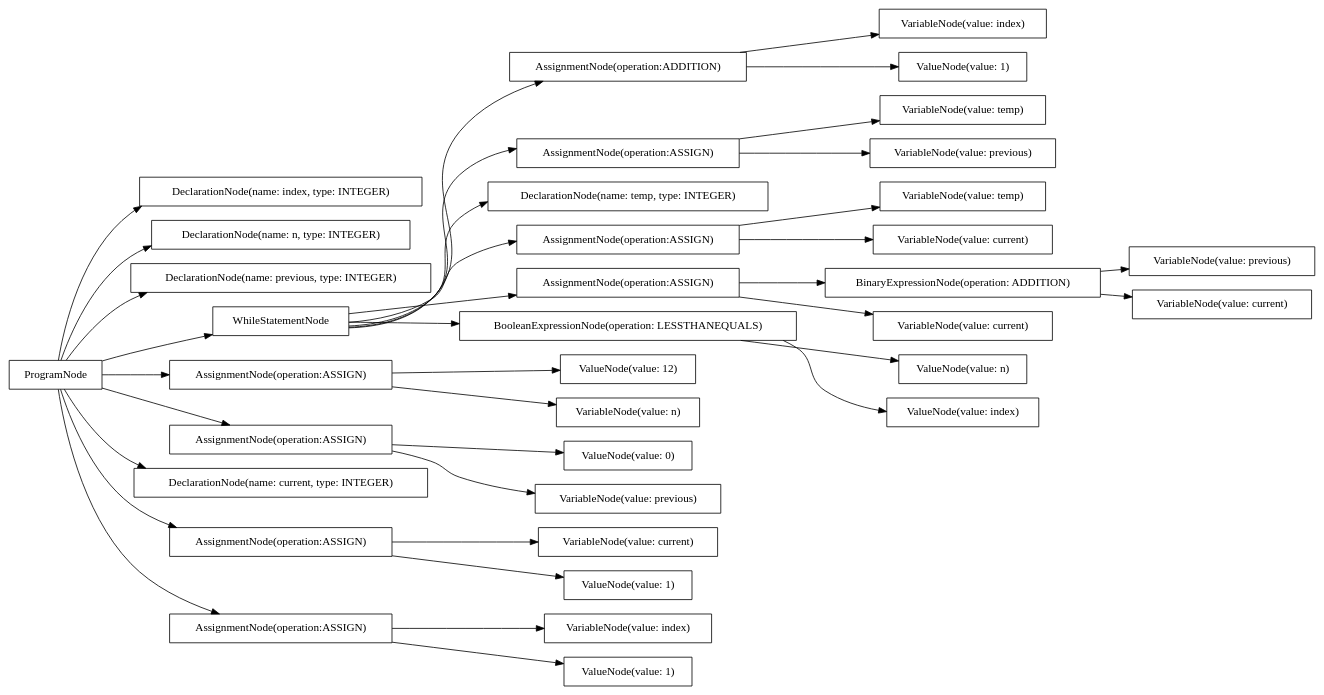
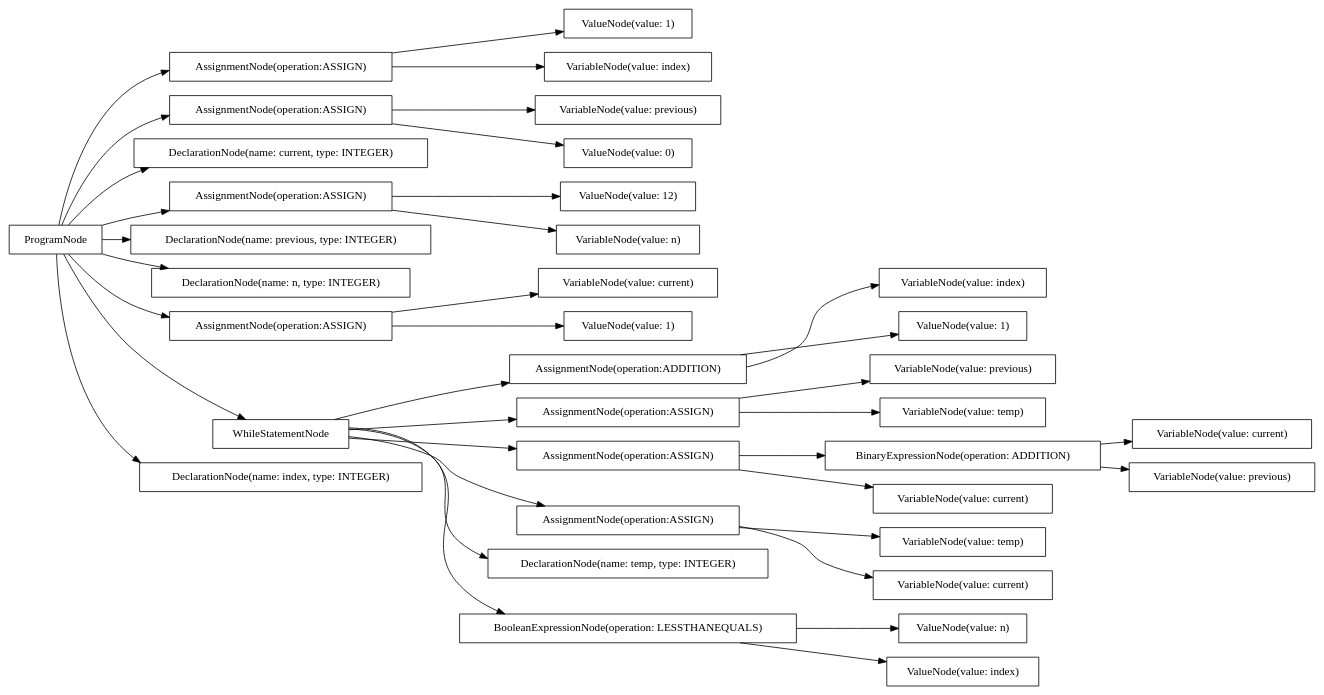
Before and after one commit to AtLeastITry/ANTLR-Python-Compiler: the diagram in src/output/dot/fibonacci.dot, drawn with Graphviz. The commit also changed 9 other files, not shown here.

```diff
--- a/src/output/dot/fibonacci.dot
+++ b/src/output/dot/fibonacci.dot
@@ -1,74 +1,74 @@
 digraph G {
 rankdir=LR
-"0586f55d-d671-4482-966a-b3aefdd5997f" [label="VariableNode(value: index)" shape="box"];
-"d7d4cc46-9b32-48b5-964f-62014d58d888" [label="DeclarationNode(name: index, type: INTEGER)" shape="box"];
-"22206fd3-8583-4a4e-9e2e-ab2849d990ea" [label="VariableNode(value: current)" shape="box"];
-"9a46813c-3afa-4803-a22a-ccb96f6c9873" [label="DeclarationNode(name: n, type: INTEGER)" shape="box"];
-"f7646b8d-4e08-4c54-8a6a-47b3a3297255" [label="ValueNode(value: n)" shape="box"];
-"7b805c53-841a-49bc-b0ba-ad99fc5839dc" [label="DeclarationNode(name: previous, type: INTEGER)" shape="box"];
-"1ec4b795-a67e-4834-9165-031c2ce6a292" [label="ValueNode(value: index)" shape="box"];
-"931a944f-2b12-4351-b4f5-d11f5f36e79c" [label="AssignmentNode(operation:ADDITION)" shape="box"];
-"1b5c97a9-acbc-4c56-bbbb-7aacb2356067" [label="VariableNode(value: temp)" shape="box"];
-"70a1d04a-95e1-4f3d-86c8-4c91db4346b1" [label="ValueNode(value: 12)" shape="box"];
-"223ca3a5-5d75-4951-b0c7-662c952a6a20" [label="WhileStatementNode" shape="box"];
-"a90c96b4-811b-4bcb-b150-558a1a7733d9" [label="AssignmentNode(operation:ASSIGN)" shape="box"];
-"1abbeff5-60bc-4875-a6e8-b12a225926c1" [label="BinaryExpressionNode(operation: ADDITION)" shape="box"];
-"d39cc7ef-8f5a-414f-bb35-dccdbada7c9a" [label="ValueNode(value: 1)" shape="box"];
-"e8698140-ddf5-489e-a15b-8b3195ea23a6" [label="AssignmentNode(operation:ASSIGN)" shape="box"];
-"eac8da40-2dca-4cdb-9553-72530a468e37" [label="VariableNode(value: index)" shape="box"];
-"cf231225-e18e-46ce-8b19-e3c107b89c8e" [label="VariableNode(value: previous)" shape="box"];
-"69d1e2f9-32dc-4ac4-8d7e-c8753d4b8f1a" [label="AssignmentNode(operation:ASSIGN)" shape="box"];
-"615dcfab-611c-48ca-9c5c-7be08631c606" [label="ValueNode(value: 0)" shape="box"];
-"0169b2bf-fdad-426d-adef-8293696d386b" [label="ValueNode(value: 1)" shape="box"];
-"c154d662-4a44-47ff-929f-4a79ff5987df" [label="VariableNode(value: current)" shape="box"];
-"363cad69-427e-4b3c-9903-1167e227eeba" [label="DeclarationNode(name: temp, type: INTEGER)" shape="box"];
-"8fd36c5e-a628-4a72-915d-d6e80e8920db" [label="VariableNode(value: n)" shape="box"];
-"12ce6a36-07cb-4437-b08a-db62a8295ff4" [label="DeclarationNode(name: current, type: INTEGER)" shape="box"];
-"fae6524d-ecd8-4dca-aac9-0683ae7f83be" [label="VariableNode(value: previous)" shape="box"];
-"d7c0fb47-4fec-4e13-8488-d1c4120aa78c" [label="AssignmentNode(operation:ASSIGN)" shape="box"];
-"db1b8b15-f9dd-4ba6-bc29-65ae1a7ce27d" [label="VariableNode(value: current)" shape="box"];
-"6a004fb0-3288-4970-9947-b2c28457ccef" [label="AssignmentNode(operation:ASSIGN)" shape="box"];
-"8f318920-fbe4-4e6a-a062-172af55c537e" [label="ValueNode(value: 1)" shape="box"];
-"d2add702-1aef-4c62-a94d-fbc489fc34a2" [label="VariableNode(value: temp)" shape="box"];
-"0ed80a8b-43b1-4f74-b1ad-75dab661807a" [label="ProgramNode" shape="box"];
-"f022a9a3-9eed-417e-8ffa-6785039e3808" [label="VariableNode(value: previous)" shape="box"];
-"3e71e185-1f70-48b5-8fae-eb56a7668593" [label="AssignmentNode(operation:ASSIGN)" shape="box"];
-"a3b254ad-41e0-4580-96e3-3587d889b7ee" [label="AssignmentNode(operation:ASSIGN)" shape="box"];
-"10f4a098-767b-419d-85fe-5dbc0e99582e" [label="BooleanExpressionNode(operation: LESSTHANEQUALS)" shape="box"];
-"671cf85b-d77e-4732-ae12-835e8edad762" [label="VariableNode(value: current)" shape="box"];
-"0ed80a8b-43b1-4f74-b1ad-75dab661807a" -> "9a46813c-3afa-4803-a22a-ccb96f6c9873";
-"0ed80a8b-43b1-4f74-b1ad-75dab661807a" -> "7b805c53-841a-49bc-b0ba-ad99fc5839dc";
-"0ed80a8b-43b1-4f74-b1ad-75dab661807a" -> "12ce6a36-07cb-4437-b08a-db62a8295ff4";
-"0ed80a8b-43b1-4f74-b1ad-75dab661807a" -> "d7d4cc46-9b32-48b5-964f-62014d58d888";
-"0ed80a8b-43b1-4f74-b1ad-75dab661807a" -> "e8698140-ddf5-489e-a15b-8b3195ea23a6";
-"e8698140-ddf5-489e-a15b-8b3195ea23a6" -> "8fd36c5e-a628-4a72-915d-d6e80e8920db";
-"e8698140-ddf5-489e-a15b-8b3195ea23a6" -> "70a1d04a-95e1-4f3d-86c8-4c91db4346b1";
-"0ed80a8b-43b1-4f74-b1ad-75dab661807a" -> "69d1e2f9-32dc-4ac4-8d7e-c8753d4b8f1a";
-"69d1e2f9-32dc-4ac4-8d7e-c8753d4b8f1a" -> "fae6524d-ecd8-4dca-aac9-0683ae7f83be";
-"69d1e2f9-32dc-4ac4-8d7e-c8753d4b8f1a" -> "615dcfab-611c-48ca-9c5c-7be08631c606";
-"0ed80a8b-43b1-4f74-b1ad-75dab661807a" -> "6a004fb0-3288-4970-9947-b2c28457ccef";
-"6a004fb0-3288-4970-9947-b2c28457ccef" -> "22206fd3-8583-4a4e-9e2e-ab2849d990ea";
-"6a004fb0-3288-4970-9947-b2c28457ccef" -> "0169b2bf-fdad-426d-adef-8293696d386b";
-"0ed80a8b-43b1-4f74-b1ad-75dab661807a" -> "3e71e185-1f70-48b5-8fae-eb56a7668593";
-"3e71e185-1f70-48b5-8fae-eb56a7668593" -> "eac8da40-2dca-4cdb-9553-72530a468e37";
-"3e71e185-1f70-48b5-8fae-eb56a7668593" -> "8f318920-fbe4-4e6a-a062-172af55c537e";
-"0ed80a8b-43b1-4f74-b1ad-75dab661807a" -> "223ca3a5-5d75-4951-b0c7-662c952a6a20";
-"223ca3a5-5d75-4951-b0c7-662c952a6a20" -> "10f4a098-767b-419d-85fe-5dbc0e99582e";
-"10f4a098-767b-419d-85fe-5dbc0e99582e" -> "1ec4b795-a67e-4834-9165-031c2ce6a292";
-"10f4a098-767b-419d-85fe-5dbc0e99582e" -> "f7646b8d-4e08-4c54-8a6a-47b3a3297255";
-"223ca3a5-5d75-4951-b0c7-662c952a6a20" -> "363cad69-427e-4b3c-9903-1167e227eeba";
-"223ca3a5-5d75-4951-b0c7-662c952a6a20" -> "d7c0fb47-4fec-4e13-8488-d1c4120aa78c";
-"d7c0fb47-4fec-4e13-8488-d1c4120aa78c" -> "1b5c97a9-acbc-4c56-bbbb-7aacb2356067";
-"d7c0fb47-4fec-4e13-8488-d1c4120aa78c" -> "671cf85b-d77e-4732-ae12-835e8edad762";
-"223ca3a5-5d75-4951-b0c7-662c952a6a20" -> "a3b254ad-41e0-4580-96e3-3587d889b7ee";
-"a3b254ad-41e0-4580-96e3-3587d889b7ee" -> "c154d662-4a44-47ff-929f-4a79ff5987df";
-"a3b254ad-41e0-4580-96e3-3587d889b7ee" -> "1abbeff5-60bc-4875-a6e8-b12a225926c1";
-"1abbeff5-60bc-4875-a6e8-b12a225926c1" -> "db1b8b15-f9dd-4ba6-bc29-65ae1a7ce27d";
-"1abbeff5-60bc-4875-a6e8-b12a225926c1" -> "cf231225-e18e-46ce-8b19-e3c107b89c8e";
-"223ca3a5-5d75-4951-b0c7-662c952a6a20" -> "a90c96b4-811b-4bcb-b150-558a1a7733d9";
-"a90c96b4-811b-4bcb-b150-558a1a7733d9" -> "f022a9a3-9eed-417e-8ffa-6785039e3808";
-"a90c96b4-811b-4bcb-b150-558a1a7733d9" -> "d2add702-1aef-4c62-a94d-fbc489fc34a2";
-"223ca3a5-5d75-4951-b0c7-662c952a6a20" -> "931a944f-2b12-4351-b4f5-d11f5f36e79c";
-"931a944f-2b12-4351-b4f5-d11f5f36e79c" -> "0586f55d-d671-4482-966a-b3aefdd5997f";
-"931a944f-2b12-4351-b4f5-d11f5f36e79c" -> "d39cc7ef-8f5a-414f-bb35-dccdbada7c9a";
+"1598cc62-a040-4c96-a715-40929d4e8865" [label="ValueNode(value: n)" shape="box"];
+"2259b447-775e-484d-abc6-ef369a8b9eb7" [label="VariableNode(value: current)" shape="box"];
+"2cd7ddb2-db0f-4125-9a5f-0c3afbd9dd72" [label="VariableNode(value: previous)" shape="box"];
+"cb3bdbce-2cbb-4ff4-a6da-271accab3a93" [label="ValueNode(value: index)" shape="box"];
+"d387afe9-e97c-4233-b314-a5cb87ac8617" [label="AssignmentNode(operation:ADDITION)" shape="box"];
+"2eb23c79-bd03-42dd-8d19-5a05aa5a4f15" [label="AssignmentNode(operation:ASSIGN)" shape="box"];
+"a33493f9-18ba-407a-9705-1859ee42eb54" [label="VariableNode(value: index)" shape="box"];
+"a5b25526-06e3-4ff8-b8d0-5e2e38a7875f" [label="AssignmentNode(operation:ASSIGN)" shape="box"];
+"345a327a-f5e6-4e40-a470-d479b4a6dd65" [label="VariableNode(value: temp)" shape="box"];
+"f690ba80-638a-43a1-8a34-8bd579846491" [label="AssignmentNode(operation:ASSIGN)" shape="box"];
+"050d7a69-79f7-4683-8966-785dd52abf0e" [label="VariableNode(value: current)" shape="box"];
+"63b0db0d-f8c6-4627-a281-7fc058c44388" [label="VariableNode(value: previous)" shape="box"];
+"cd5df68f-49a5-4409-989e-12e0c65c230f" [label="AssignmentNode(operation:ASSIGN)" shape="box"];
+"572d2a5b-db16-4991-8e36-242638f50540" [label="DeclarationNode(name: current, type: INTEGER)" shape="box"];
+"e66a27bc-6d84-4366-966f-1d8b20fd633a" [label="ProgramNode" shape="box"];
+"476bae66-0436-4d24-b4fe-65cf7fa19297" [label="AssignmentNode(operation:ASSIGN)" shape="box"];
+"1b7afba1-a5e2-4e57-9f86-de44672feadb" [label="BinaryExpressionNode(operation: ADDITION)" shape="box"];
+"b91ae6b7-8b5b-4391-b619-72574a7e108b" [label="DeclarationNode(name: previous, type: INTEGER)" shape="box"];
+"273c07ef-bd91-470a-b095-3624a7171c71" [label="VariableNode(value: current)" shape="box"];
+"2bc87493-0fb0-488c-b5a7-75df91b4c30b" [label="ValueNode(value: 1)" shape="box"];
+"423a2973-9674-4e57-865b-6d27384eb77c" [label="DeclarationNode(name: n, type: INTEGER)" shape="box"];
+"a3856da6-5369-490c-bdc8-566bd0c039c3" [label="AssignmentNode(operation:ASSIGN)" shape="box"];
+"9d8b77f6-9576-4df6-a2c6-3955adf1de78" [label="AssignmentNode(operation:ASSIGN)" shape="box"];
+"c4dc342a-157e-4c3e-8f09-b0a40febead7" [label="VariableNode(value: temp)" shape="box"];
+"b3eccedd-138e-4974-8f8a-404dd6236906" [label="ValueNode(value: 1)" shape="box"];
+"8e254e43-566a-420e-bbe4-346612784c51" [label="VariableNode(value: index)" shape="box"];
+"5fdd9365-0da8-4bfb-96e7-edee84d4459d" [label="ValueNode(value: 12)" shape="box"];
+"58257139-119f-48bf-94a1-a4c4a7a32e95" [label="DeclarationNode(name: temp, type: INTEGER)" shape="box"];
+"6e11b7ce-fbcb-465d-a788-a3076c3b25cd" [label="ValueNode(value: 0)" shape="box"];
+"a655c826-fd8b-4dc7-8e2f-fc29f4602268" [label="BooleanExpressionNode(operation: LESSTHANEQUALS)" shape="box"];
+"e25e2966-135f-4fb7-87e0-da6ccc20f24d" [label="ValueNode(value: 1)" shape="box"];
+"41be5033-bd5d-4a7b-8ed8-144ab931303b" [label="VariableNode(value: n)" shape="box"];
+"1a85a946-a6a1-46c3-8ca6-65077cb39046" [label="VariableNode(value: current)" shape="box"];
+"1d7d0f8a-e124-4851-97ad-0459195e201e" [label="WhileStatementNode" shape="box"];
+"6860946e-a81e-4b1f-beb5-7e4b886ed425" [label="VariableNode(value: previous)" shape="box"];
+"ea73a34b-d3ce-427d-910f-1d67c8065e1b" [label="DeclarationNode(name: index, type: INTEGER)" shape="box"];
+"e66a27bc-6d84-4366-966f-1d8b20fd633a" -> "423a2973-9674-4e57-865b-6d27384eb77c";
+"e66a27bc-6d84-4366-966f-1d8b20fd633a" -> "b91ae6b7-8b5b-4391-b619-72574a7e108b";
+"e66a27bc-6d84-4366-966f-1d8b20fd633a" -> "572d2a5b-db16-4991-8e36-242638f50540";
+"e66a27bc-6d84-4366-966f-1d8b20fd633a" -> "ea73a34b-d3ce-427d-910f-1d67c8065e1b";
+"e66a27bc-6d84-4366-966f-1d8b20fd633a" -> "476bae66-0436-4d24-b4fe-65cf7fa19297";
+"476bae66-0436-4d24-b4fe-65cf7fa19297" -> "41be5033-bd5d-4a7b-8ed8-144ab931303b";
+"476bae66-0436-4d24-b4fe-65cf7fa19297" -> "5fdd9365-0da8-4bfb-96e7-edee84d4459d";
+"e66a27bc-6d84-4366-966f-1d8b20fd633a" -> "cd5df68f-49a5-4409-989e-12e0c65c230f";
+"cd5df68f-49a5-4409-989e-12e0c65c230f" -> "63b0db0d-f8c6-4627-a281-7fc058c44388";
+"cd5df68f-49a5-4409-989e-12e0c65c230f" -> "6e11b7ce-fbcb-465d-a788-a3076c3b25cd";
+"e66a27bc-6d84-4366-966f-1d8b20fd633a" -> "9d8b77f6-9576-4df6-a2c6-3955adf1de78";
+"9d8b77f6-9576-4df6-a2c6-3955adf1de78" -> "2259b447-775e-484d-abc6-ef369a8b9eb7";
+"9d8b77f6-9576-4df6-a2c6-3955adf1de78" -> "b3eccedd-138e-4974-8f8a-404dd6236906";
+"e66a27bc-6d84-4366-966f-1d8b20fd633a" -> "f690ba80-638a-43a1-8a34-8bd579846491";
+"f690ba80-638a-43a1-8a34-8bd579846491" -> "8e254e43-566a-420e-bbe4-346612784c51";
+"f690ba80-638a-43a1-8a34-8bd579846491" -> "2bc87493-0fb0-488c-b5a7-75df91b4c30b";
+"e66a27bc-6d84-4366-966f-1d8b20fd633a" -> "1d7d0f8a-e124-4851-97ad-0459195e201e";
+"1d7d0f8a-e124-4851-97ad-0459195e201e" -> "a655c826-fd8b-4dc7-8e2f-fc29f4602268";
+"a655c826-fd8b-4dc7-8e2f-fc29f4602268" -> "cb3bdbce-2cbb-4ff4-a6da-271accab3a93";
+"a655c826-fd8b-4dc7-8e2f-fc29f4602268" -> "1598cc62-a040-4c96-a715-40929d4e8865";
+"1d7d0f8a-e124-4851-97ad-0459195e201e" -> "58257139-119f-48bf-94a1-a4c4a7a32e95";
+"1d7d0f8a-e124-4851-97ad-0459195e201e" -> "a3856da6-5369-490c-bdc8-566bd0c039c3";
+"a3856da6-5369-490c-bdc8-566bd0c039c3" -> "345a327a-f5e6-4e40-a470-d479b4a6dd65";
+"a3856da6-5369-490c-bdc8-566bd0c039c3" -> "050d7a69-79f7-4683-8966-785dd52abf0e";
+"1d7d0f8a-e124-4851-97ad-0459195e201e" -> "a5b25526-06e3-4ff8-b8d0-5e2e38a7875f";
+"a5b25526-06e3-4ff8-b8d0-5e2e38a7875f" -> "273c07ef-bd91-470a-b095-3624a7171c71";
+"a5b25526-06e3-4ff8-b8d0-5e2e38a7875f" -> "1b7afba1-a5e2-4e57-9f86-de44672feadb";
+"1b7afba1-a5e2-4e57-9f86-de44672feadb" -> "1a85a946-a6a1-46c3-8ca6-65077cb39046";
+"1b7afba1-a5e2-4e57-9f86-de44672feadb" -> "6860946e-a81e-4b1f-beb5-7e4b886ed425";
+"1d7d0f8a-e124-4851-97ad-0459195e201e" -> "2eb23c79-bd03-42dd-8d19-5a05aa5a4f15";
+"2eb23c79-bd03-42dd-8d19-5a05aa5a4f15" -> "2cd7ddb2-db0f-4125-9a5f-0c3afbd9dd72";
+"2eb23c79-bd03-42dd-8d19-5a05aa5a4f15" -> "c4dc342a-157e-4c3e-8f09-b0a40febead7";
+"1d7d0f8a-e124-4851-97ad-0459195e201e" -> "d387afe9-e97c-4233-b314-a5cb87ac8617";
+"d387afe9-e97c-4233-b314-a5cb87ac8617" -> "a33493f9-18ba-407a-9705-1859ee42eb54";
+"d387afe9-e97c-4233-b314-a5cb87ac8617" -> "e25e2966-135f-4fb7-87e0-da6ccc20f24d";
 }
```
